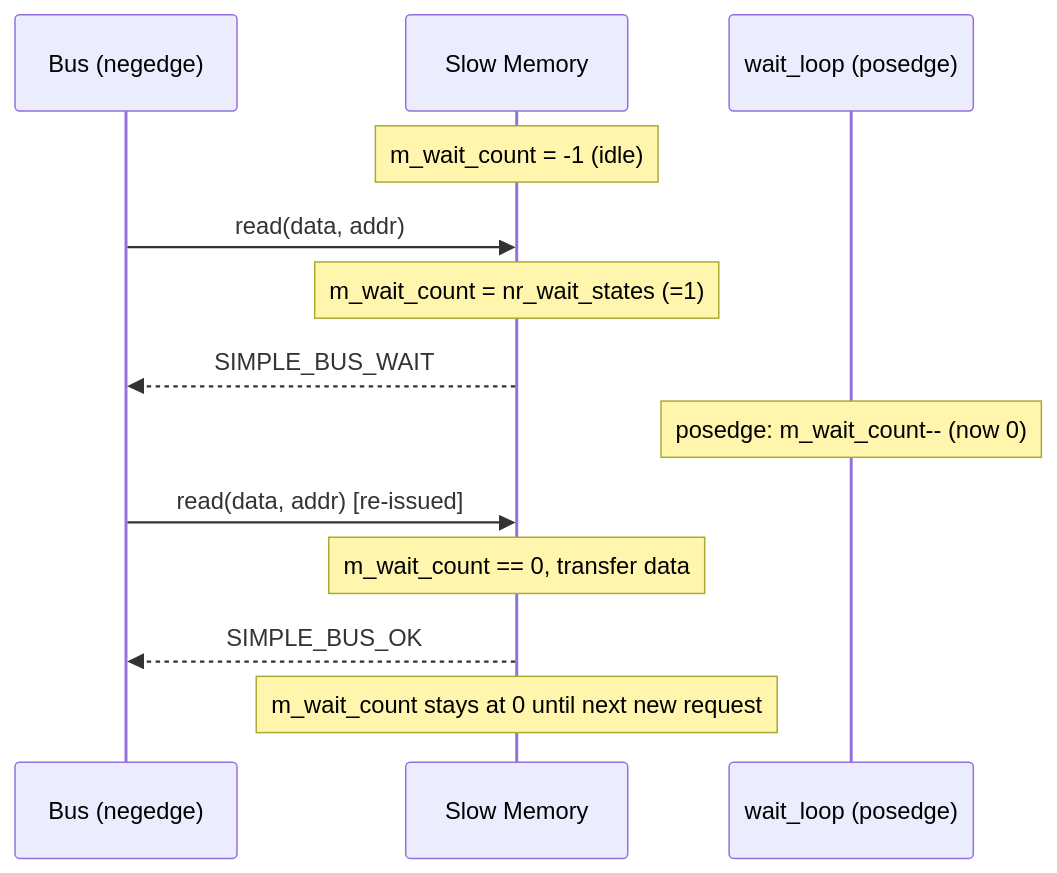
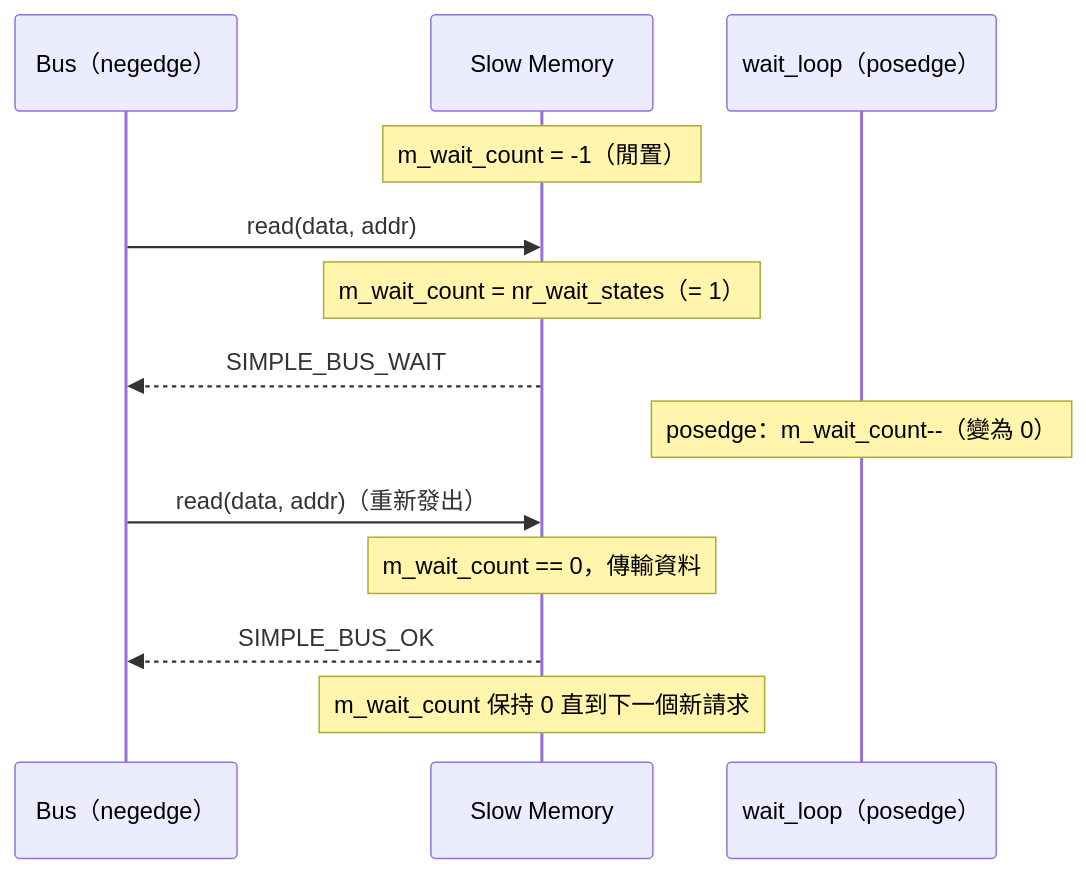
The third of 4 diagrams in doc_v2/examples/code/sysc/simple_bus/slaves.md (abc1199281lab-cmd/systemc_notes), drawn with Mermaid before and after one commit. The commit also changed other lines of this file and 8 other files, not shown here.

````diff
--- a/doc_v2/examples/code/sysc/simple_bus/slaves.md
+++ b/doc_v2/examples/code/sysc/simple_bus/slaves.md
@@ -98,19 +98,19 @@
 ```mermaid
 sequenceDiagram
-    participant B as Bus (negedge)
+    participant B as Bus（negedge）
     participant S as Slow Memory
-    participant W as wait_loop (posedge)
+    participant W as wait_loop（posedge）
 
-    Note over S: m_wait_count = -1 (idle)
+    Note over S: m_wait_count = -1（閒置）
 
     B->>S: read(data, addr)
-    Note over S: m_wait_count = nr_wait_states (=1)
+    Note over S: m_wait_count = nr_wait_states（= 1）
     S-->>B: SIMPLE_BUS_WAIT
 
-    Note over W: posedge: m_wait_count-- (now 0)
+    Note over W: posedge：m_wait_count--（變為 0）
 
-    B->>S: read(data, addr) [re-issued]
-    Note over S: m_wait_count == 0, transfer data
+    B->>S: read(data, addr)（重新發出）
+    Note over S: m_wait_count == 0，傳輸資料
     S-->>B: SIMPLE_BUS_OK
-    Note over S: m_wait_count stays at 0 until next new request
+    Note over S: m_wait_count 保持 0 直到下一個新請求
 ```
````
